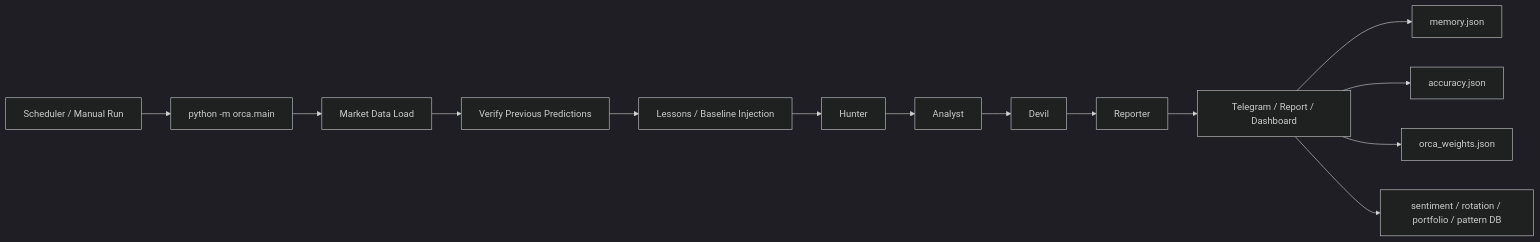
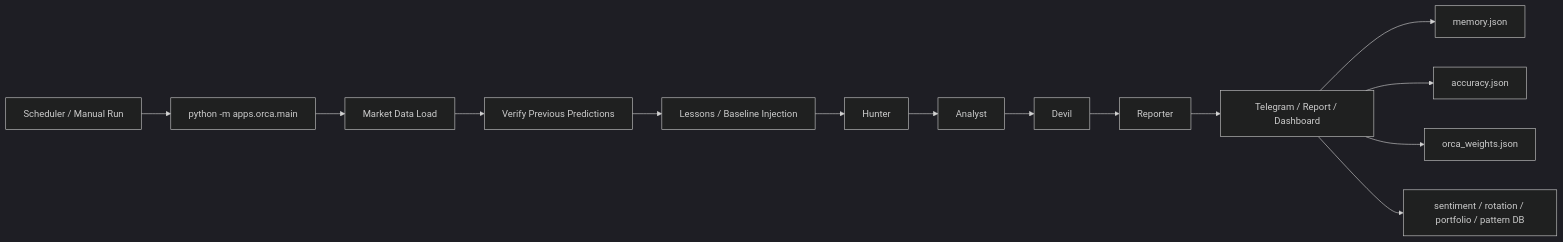
One commit to chominwoocho88-cloud/O.R.C.A changed the first of 3 diagrams in docs/orca_v2_architecture.md. Above: the diagram before and after it, drawn with Mermaid (dark theme). The commit also changed other lines of this file and 40 other files, not shown here.

````diff
--- a/docs/orca_v2_architecture.md
+++ b/docs/orca_v2_architecture.md
@@ -25,16 +25,16 @@
 ```mermaid
 flowchart LR
-  A["Scheduler / Manual Run"] --> B["python -m orca.main"]
+  A["Scheduler / Manual Run"] --> B["python -m apps.orca.main"]
   B --> C["Market Data Load"]
   C --> D["Verify Previous Predictions"]
   D --> E["Lessons / Baseline Injection"]
   E --> F["Hunter"]
   F --> G["Analyst"]
   G --> H["Devil"]
   H --> I["Reporter"]
   I --> J["Telegram / Report / Dashboard"]
   J --> K["memory.json"]
   J --> L["accuracy.json"]
   J --> M["orca_weights.json"]
   J --> N["sentiment / rotation / portfolio / pattern DB"]
 ```
````
